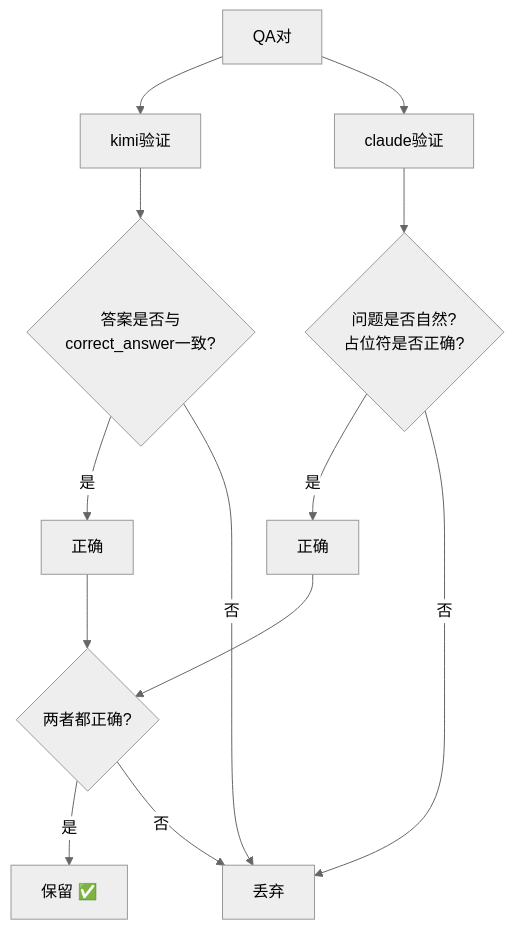
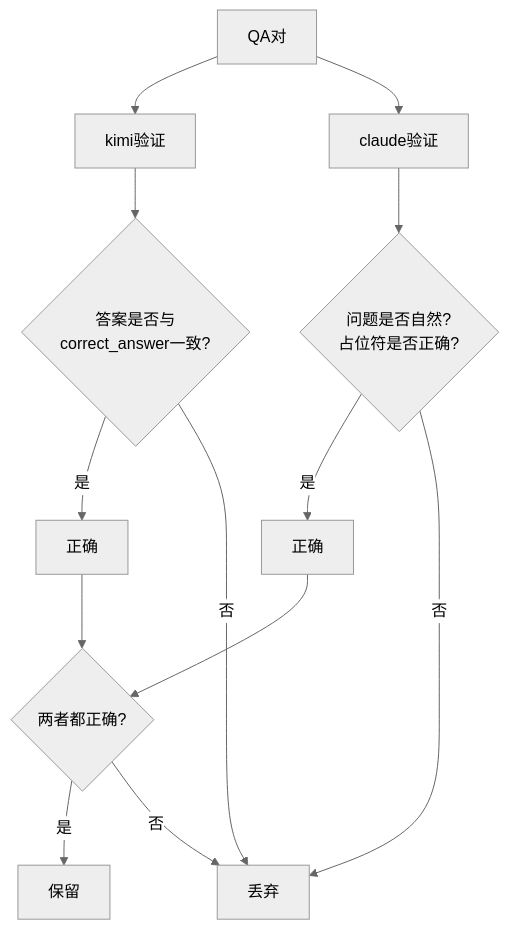
The fifth of 6 diagrams in docs/srs_project/synthesis_method_description.md (hongshi1/data-clean), drawn with Mermaid (neutral theme) before and after one commit. The commit also changed other lines of this file, not shown here.

````diff
--- a/docs/srs_project/synthesis_method_description.md
+++ b/docs/srs_project/synthesis_method_description.md
@@ -258,19 +271,15 @@
 ```mermaid
 graph TD
     A[QA对] --> B[kimi验证]
     A --> C[claude验证]
-
     B --> D{答案是否与<br/>correct_answer一致?}
     C --> E{问题是否自然?<br/>占位符是否正确?}
-
     D -->|是| F[正确]
     D -->|否| G[丢弃]
     E -->|是| H[正确]
     E -->|否| G
-
     F --> I{两者都正确?}
     H --> I
-
-    I -->|是| J[保留 ✅]
+    I -->|是| J[保留]
     I -->|否| G
 ```
````
